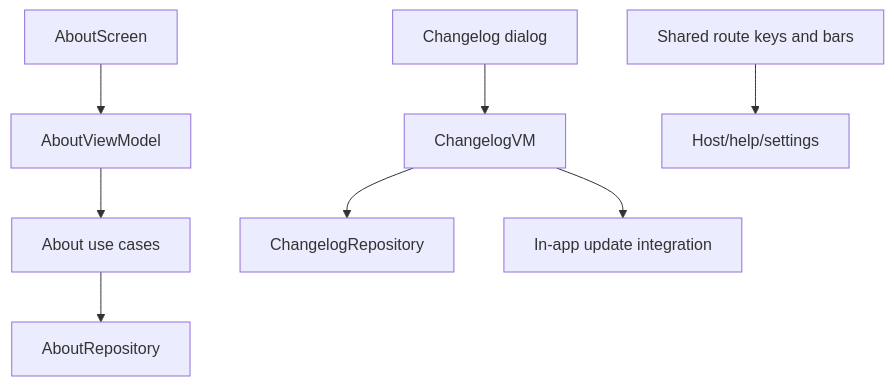
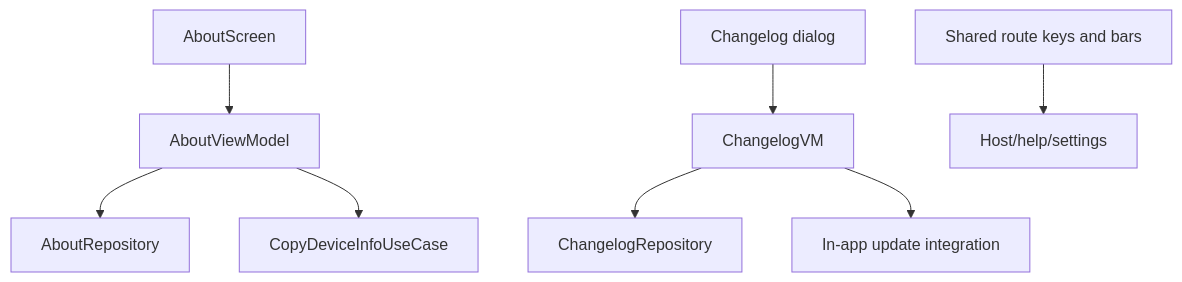
Before and after one commit to MihaiCristianCondrea/App-Toolkit-for-Android: the diagram in library/feature/about/README.md, drawn with Mermaid. The commit also changed other lines of this file and 41 other files, not shown here.

````diff
--- a/library/feature/about/README.md
+++ b/library/feature/about/README.md
@@ -32,10 +32,10 @@
 ```mermaid
 flowchart TD
     AboutScreen --> AboutVM[AboutViewModel]
-    AboutVM --> AboutUC[About use cases]
-    AboutUC --> AboutRepo[AboutRepository]
+    AboutVM --> AboutRepo[AboutRepository]
+    AboutVM --> CopyUC[CopyDeviceInfoUseCase]
     ChangelogUI[Changelog dialog] --> ChangelogVM
     ChangelogVM --> ChangelogRepo[ChangelogRepository]
     ChangelogVM --> Update[In-app update integration]
     Nav[Shared route keys and bars] --> Consumers[Host/help/settings]
 ```
````
